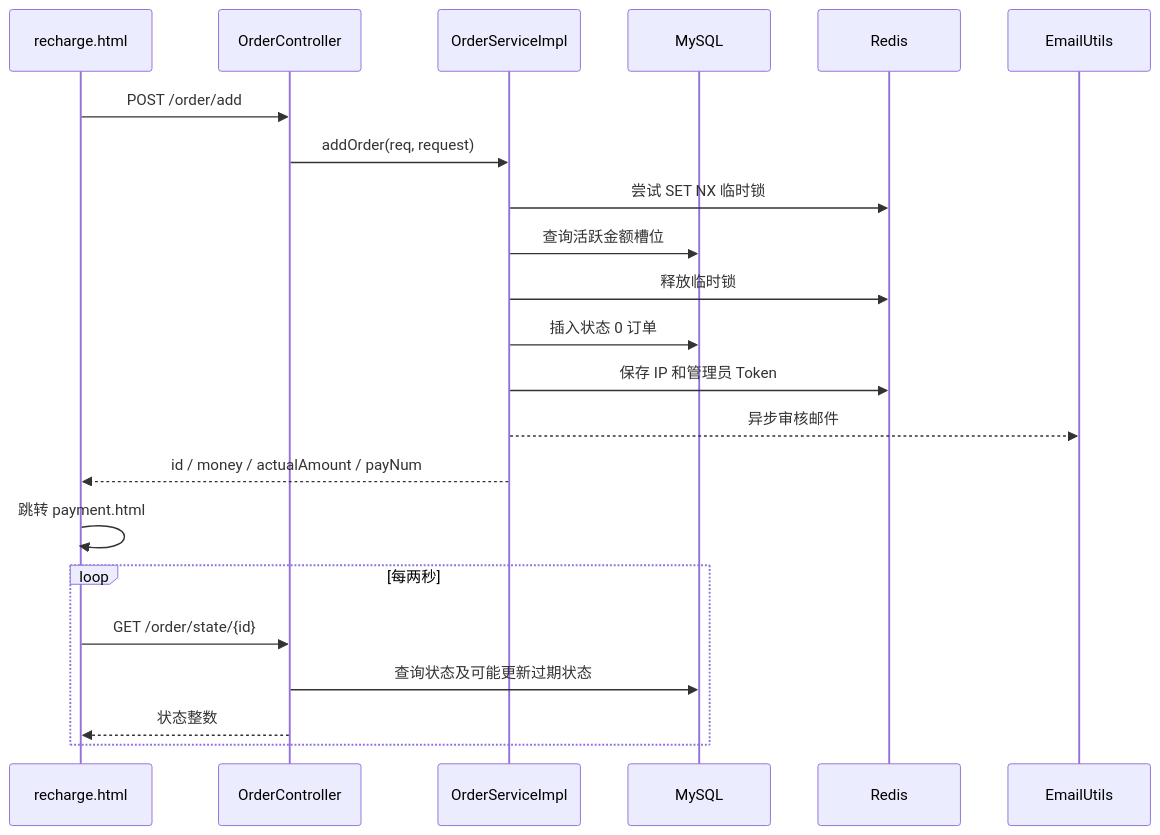
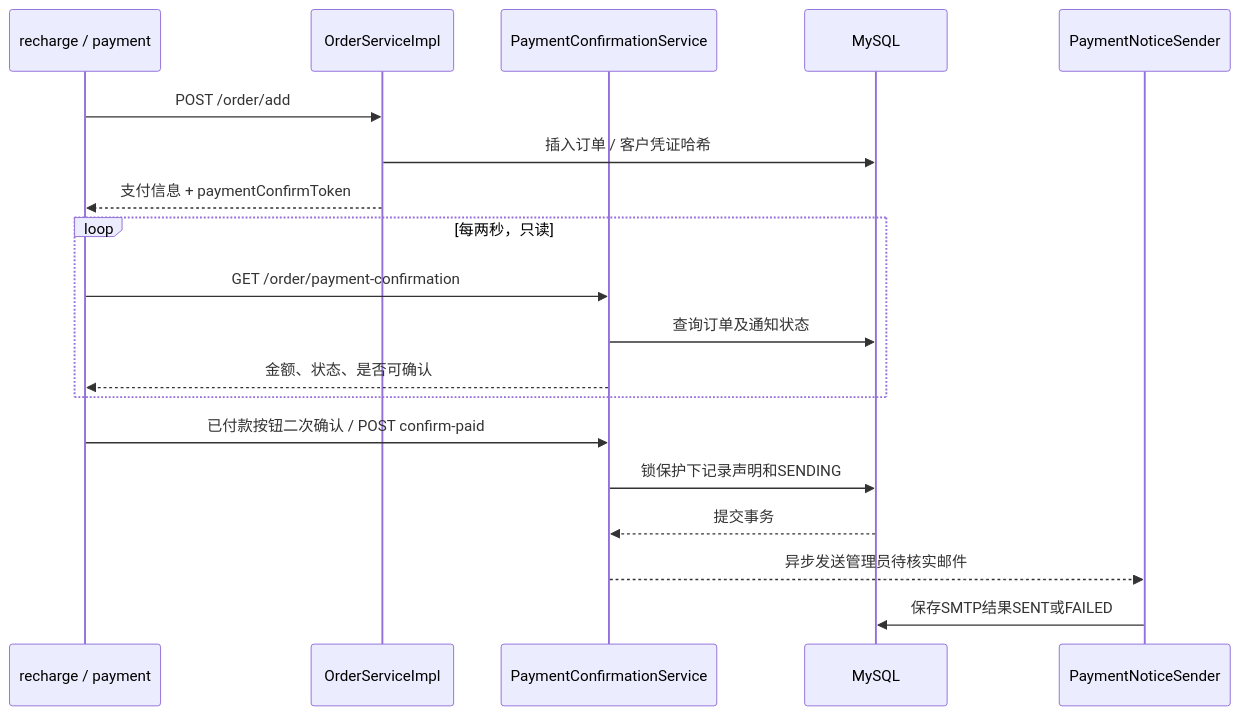
Before and after one commit to ma906584241/PayPro: the second of 3 diagrams in docs/02-architecture-and-flows.md, drawn with Mermaid. The commit also changed other lines of this file and 48 other files, not shown here.

````diff
--- a/docs/02-architecture-and-flows.md
+++ b/docs/02-architecture-and-flows.md
@@ -39,24 +46,21 @@
 ```mermaid
 sequenceDiagram
-    participant U as recharge.html
-    participant C as OrderController
+    participant U as recharge / payment
     participant S as OrderServiceImpl
+    participant C as PaymentConfirmationService
     participant D as MySQL
-    participant R as Redis
-    participant M as EmailUtils
-    U->>C: POST /order/add
-    C->>S: addOrder(req, request)
-    S->>R: 尝试 SET NX 临时锁
-    S->>D: 查询活跃金额槽位
-    S->>R: 释放临时锁
-    S->>D: 插入状态 0 订单
-    S->>R: 保存 IP 和管理员 Token
-    S-->>M: 异步审核邮件
-    S-->>U: id / money / actualAmount / payNum
-    U->>U: 跳转 payment.html
-    loop 每两秒
-        U->>C: GET /order/state/{id}
-        C->>D: 查询状态及可能更新过期状态
-        C-->>U: 状态整数
+    participant W as PaymentNoticeSender
+    U->>S: POST /order/add
+    S->>D: 插入订单 / 客户凭证哈希
+    S-->>U: 支付信息 + paymentConfirmToken
+    loop 每两秒，只读
+        U->>C: GET /order/payment-confirmation
+        C->>D: 查询订单及通知状态
+        C-->>U: 金额、状态、是否可确认
     end
+    U->>C: 已付款按钮二次确认 / POST confirm-paid
+    C->>D: 锁保护下记录声明和SENDING
+    D-->>C: 提交事务
+    C-->>W: 异步发送管理员待核实邮件
+    W->>D: 保存SMTP结果SENT或FAILED
 ```
````
